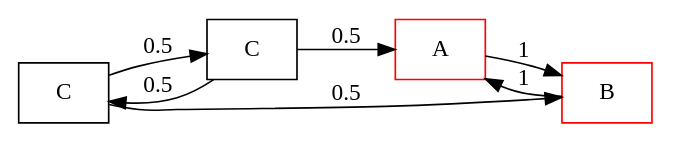
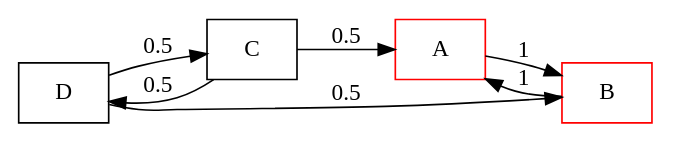
The fifth of 12 diagrams in presentation.org (barakdiker123/PageRanking), drawn with Graphviz before and after one commit. The commit also changed other lines of this file and 7 other files, not shown here.

```diff
--- a/presentation.org
+++ b/presentation.org
@@ -156,16 +156,16 @@
 #+BEGIN_SRC dot :file inifinite_cycle.png
 digraph auth {
 rankdir=LR;
 node [shape=record];
 1 [label="A" color="red"]
 2 [label="B" color="red"]
 3 [label="C"]
-4 [label="C"]
+4 [label="D"]
 2->1 [label="1"];
 1->2 [label="1"];
 3->1 [label="0.5"];
 4->2[label="0.5"];
 4->3[label="0.5"];
 3->4[label="0.5"];
 }
 #+END_SRC
```
